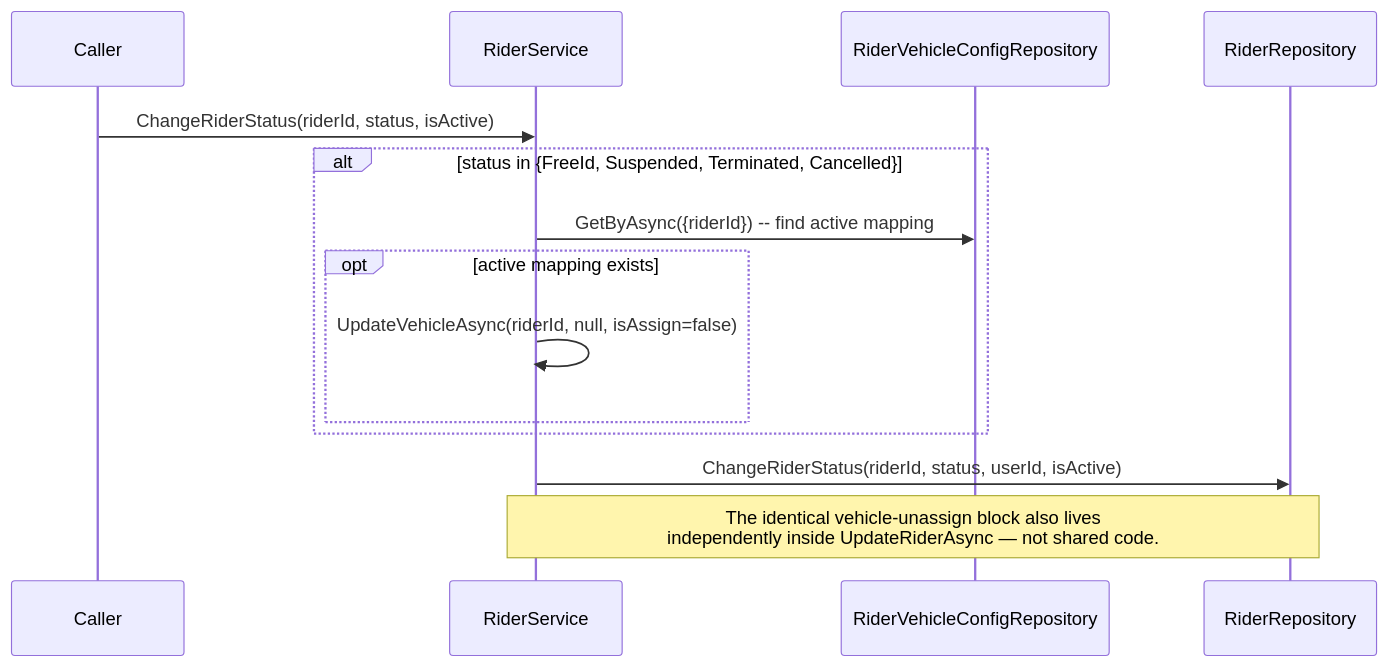
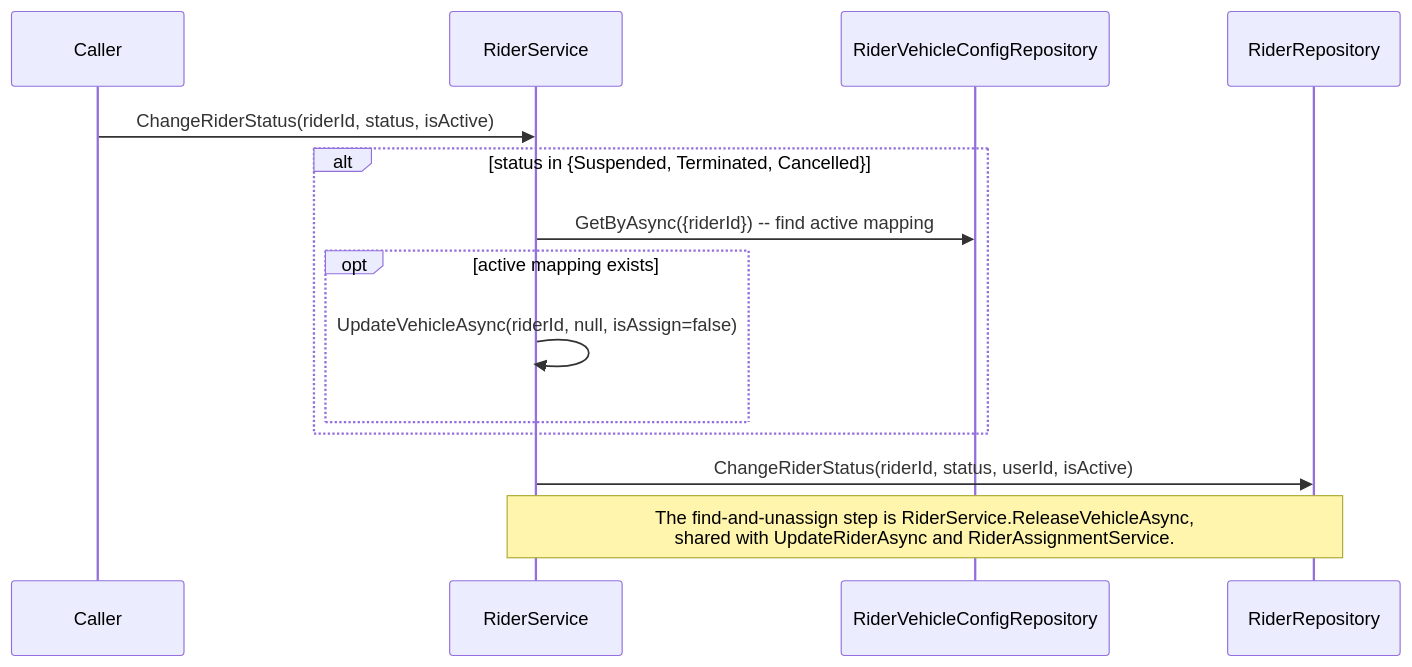
Before and after one commit to dev-sankar03/CAG.Admin.Docs: the third of 6 diagrams in docs/rider-management.md, drawn with Mermaid. The commit also changed other lines of this file and 11 other files, not shown here.

````diff
--- a/docs/rider-management.md
+++ b/docs/rider-management.md
@@ -98,17 +98,17 @@
 ```mermaid
 sequenceDiagram
     participant C as Caller
     participant RS as RiderService
     participant RVC as RiderVehicleConfigRepository
     participant RR as RiderRepository
 
     C->>RS: ChangeRiderStatus(riderId, status, isActive)
-    alt status in {FreeId, Suspended, Terminated, Cancelled}
+    alt status in {Suspended, Terminated, Cancelled}
         RS->>RVC: GetByAsync({riderId}) -- find active mapping
         opt active mapping exists
             RS->>RS: UpdateVehicleAsync(riderId, null, isAssign=false)
         end
     end
     RS->>RR: ChangeRiderStatus(riderId, status, userId, isActive)
-    Note over RS,RR: The identical vehicle-unassign block also lives<br/>independently inside UpdateRiderAsync — not shared code.
+    Note over RS,RR: The find-and-unassign step is RiderService.ReleaseVehicleAsync,<br/>shared with UpdateRiderAsync and RiderAssignmentService.
 ```
````
